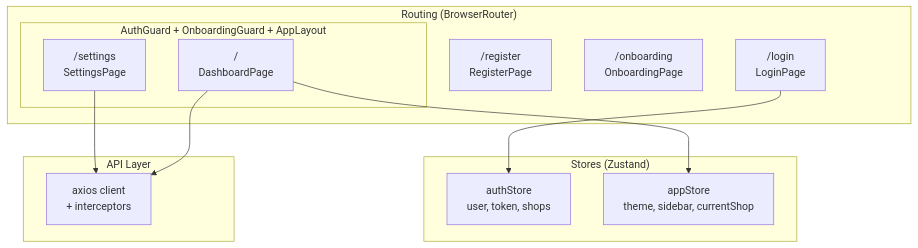
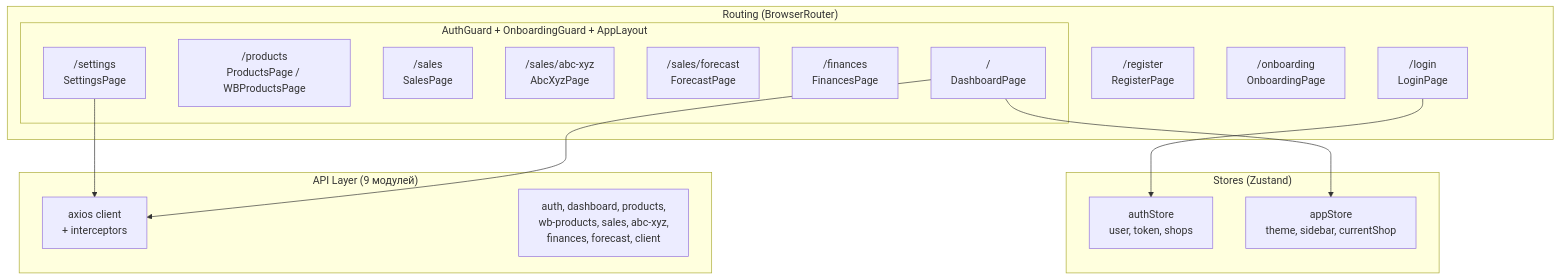
The fifth of 6 diagrams in docs/architecture/01_OVERVIEW.md (alex-web13-2001/MP-CONTROL), drawn with Mermaid before and after one commit. The commit also changed other lines of this file and 3 other files, not shown here.

First line of the commit message:
docs: comprehensive architecture documentation audit & update

````diff
--- a/docs/architecture/01_OVERVIEW.md
+++ b/docs/architecture/01_OVERVIEW.md
@@ -255,27 +255,33 @@
 ```mermaid
 graph TB
     subgraph "Routing (BrowserRouter)"
         Login["/login<br/>LoginPage"]
         Register["/register<br/>RegisterPage"]
         Onboarding["/onboarding<br/>OnboardingPage"]
 
         subgraph "AuthGuard + OnboardingGuard + AppLayout"
             Dashboard["/<br/>DashboardPage"]
+            Products["/products<br/>ProductsPage / WBProductsPage"]
+            Sales["/sales<br/>SalesPage"]
+            AbcXyz["/sales/abc-xyz<br/>AbcXyzPage"]
+            Forecast["/sales/forecast<br/>ForecastPage"]
+            Finances["/finances<br/>FinancesPage"]
             Settings["/settings<br/>SettingsPage"]
         end
     end
 
     subgraph "Stores (Zustand)"
         AuthStore["authStore<br/>user, token, shops"]
         AppStore["appStore<br/>theme, sidebar, currentShop"]
     end
 
-    subgraph "API Layer"
+    subgraph "API Layer (9 модулей)"
         ApiClient["axios client<br/>+ interceptors"]
+        ApiModules["auth, dashboard, products,<br/>wb-products, sales, abc-xyz,<br/>finances, forecast, client"]
     end
 
     Login --> AuthStore
     Dashboard --> AppStore
     Dashboard --> ApiClient
     Settings --> ApiClient
 ```
````
